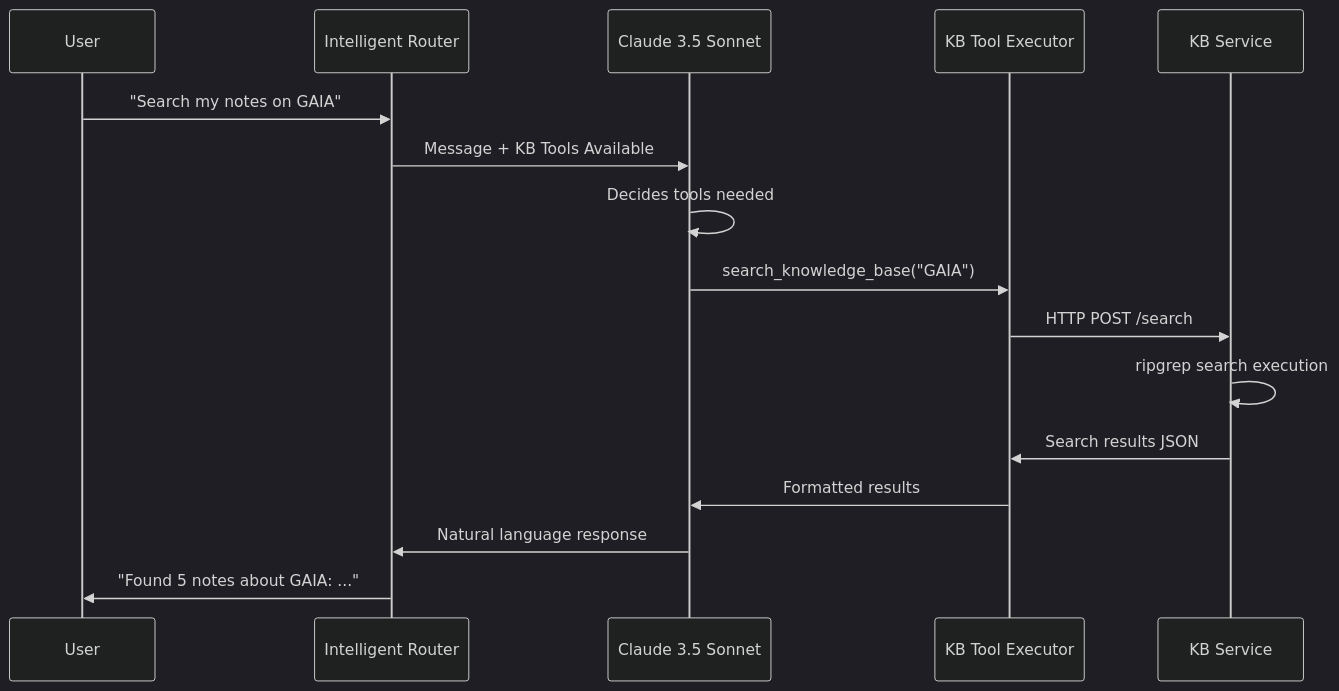
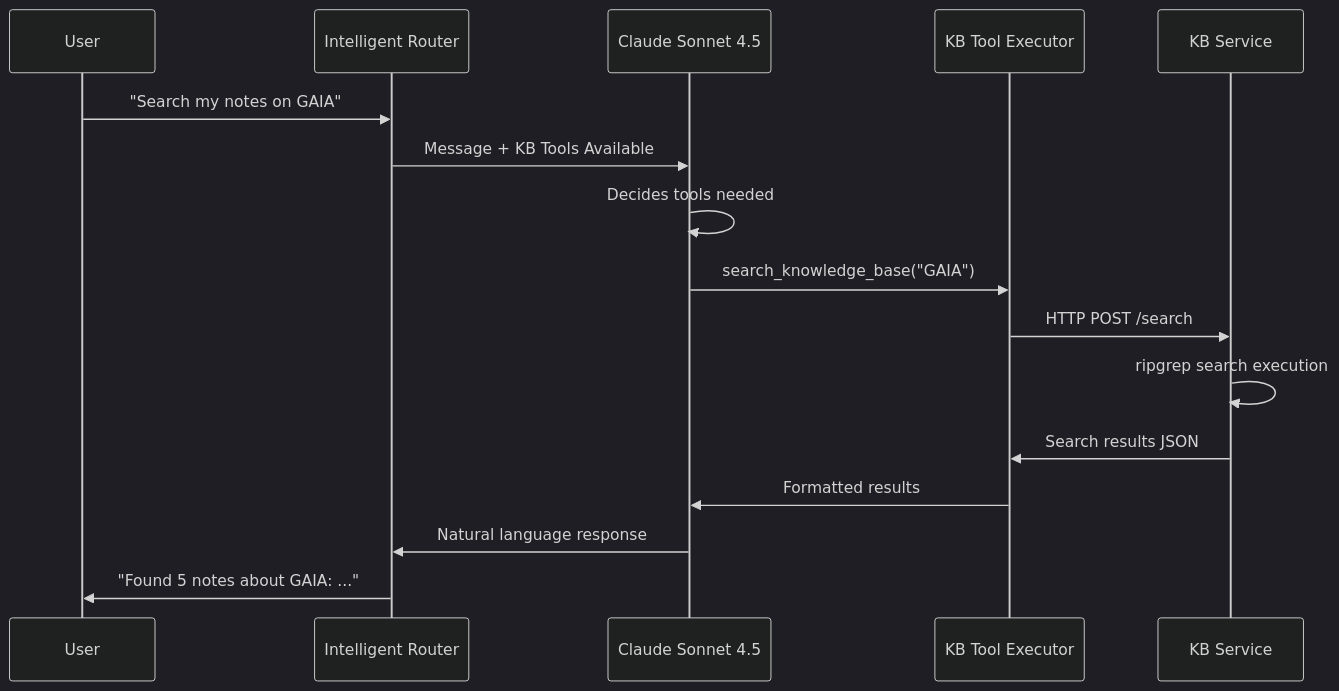
One commit to Aeonia-ai/gaia changed the second of 2 diagrams in docs/features/dynamic-experiences/phase-2-scale/004-scale-chat-and-kb-architecture.md. Above: the diagram before and after it, drawn with Mermaid (dark theme). The commit also changed other lines of this file and 26 other files, not shown here.

````diff
--- a/docs/features/dynamic-experiences/phase-2-scale/004-scale-chat-and-kb-architecture.md
+++ b/docs/features/dynamic-experiences/phase-2-scale/004-scale-chat-and-kb-architecture.md
@@ -140,19 +140,19 @@
 ```mermaid
 sequenceDiagram
     participant U as User
     participant IR as Intelligent Router
-    participant LLM as Claude 3.5 Sonnet
+    participant LLM as Claude Sonnet 4.5
     participant KBE as KB Tool Executor
     participant KB as KB Service
     
     U->>IR: "Search my notes on GAIA"
     IR->>LLM: Message + KB Tools Available
     LLM->>LLM: Decides tools needed
     LLM->>KBE: search_knowledge_base("GAIA")
     KBE->>KB: HTTP POST /search
     KB->>KB: ripgrep search execution
     KB->>KBE: Search results JSON
     KBE->>LLM: Formatted results
     LLM->>IR: Natural language response
     IR->>U: "Found 5 notes about GAIA: ..."
 ```
````
